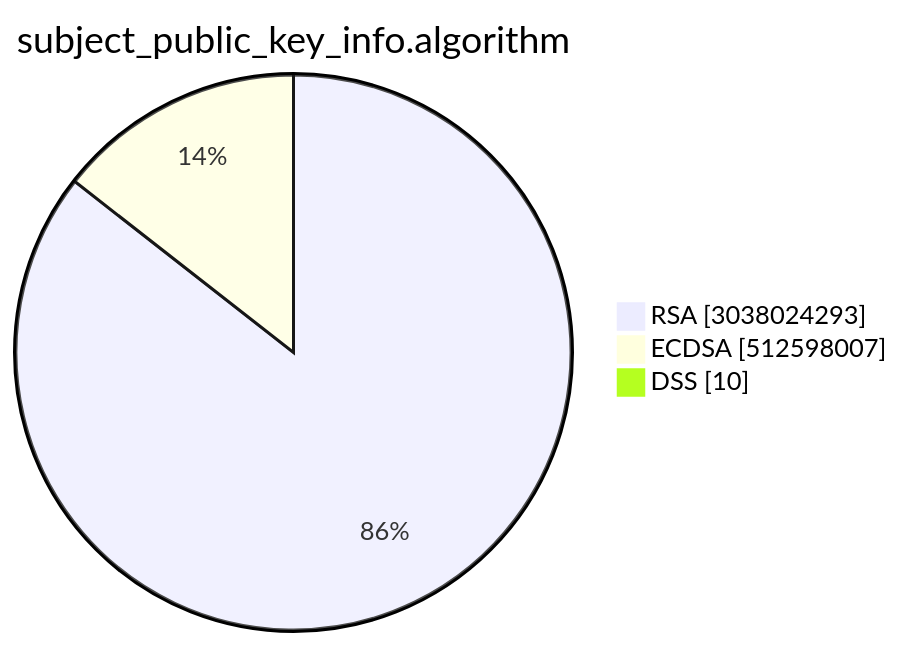
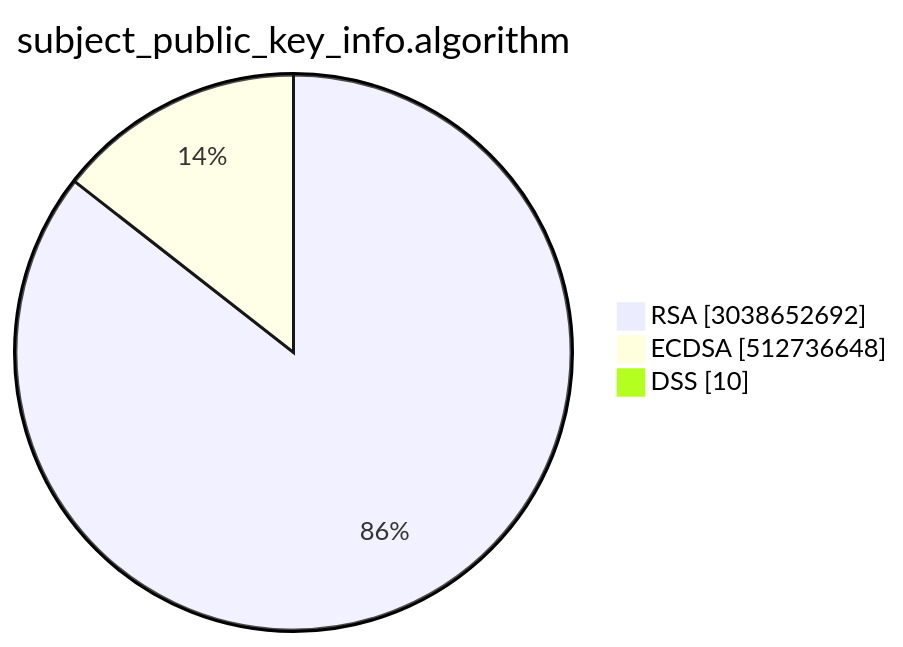
Before and after one commit to christiankrug/ctmonitor_visualization: the second of 15 diagrams in TOTAL/README.md, drawn with Mermaid. The commit also changed other lines of this file, not shown here.

````diff
--- a/TOTAL/README.md
+++ b/TOTAL/README.md
@@ -6,7 +6,7 @@
 ```mermaid
 pie showData
 title subject_public_key_info.algorithm
-"RSA" :3038024293
-"ECDSA" :512598007
+"RSA" :3038652692
+"ECDSA" :512736648
 "DSS" :10
 ```
````
